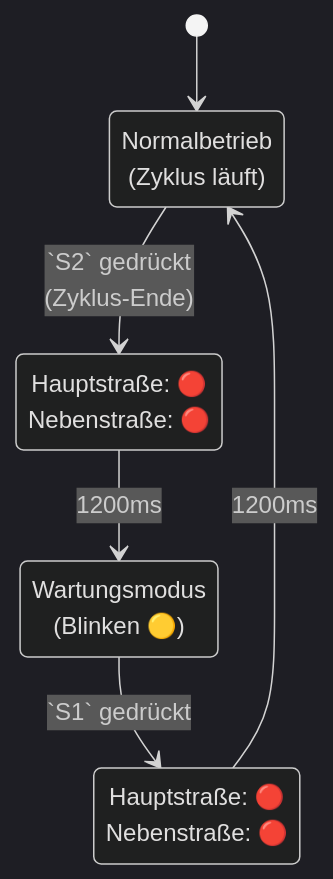
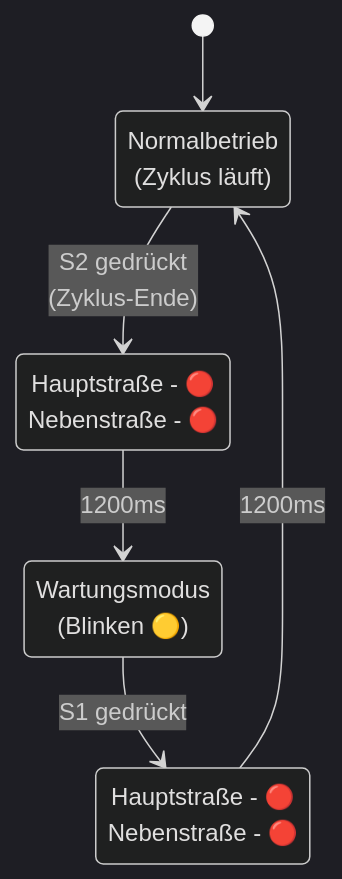
The second of 2 diagrams in src/python/vsc-ext-v0.2/exercise2_maintenance_mode/README.md (wago-enterprise-education/exponat-ampelsteuerung), drawn with Mermaid (dark theme) before and after one commit. The commit also changed other lines of this file and 2 other files, not shown here.

Commit message:
Update README.md to standardize state diagram formatting with hyphens

````diff
--- a/src/python/vsc-ext-v0.2/exercise2_maintenance_mode/README.md
+++ b/src/python/vsc-ext-v0.2/exercise2_maintenance_mode/README.md
@@ -38,15 +38,15 @@
 ```mermaid
 stateDiagram-v2
     [*] --> Normalbetrieb
     
     Normalbetrieb: Normalbetrieb<br/>(Zyklus läuft)
     Wartungsmodus: Wartungsmodus<br/>(Blinken 🟡)
-    AllRed_N2M: Hauptstraße: 🔴<br/>Nebenstraße: 🔴
-    AllRed_M2N: Hauptstraße: 🔴<br/>Nebenstraße: 🔴
+   AllRed_N2M: Hauptstraße - 🔴<br/>Nebenstraße - 🔴
+   AllRed_M2N: Hauptstraße - 🔴<br/>Nebenstraße - 🔴
     
-    Normalbetrieb --> AllRed_N2M: `S2` gedrückt<br/>(Zyklus-Ende)
+   Normalbetrieb --> AllRed_N2M: S2 gedrückt<br/>(Zyklus-Ende)
     AllRed_N2M --> Wartungsmodus: 1200ms
     
-    Wartungsmodus --> AllRed_M2N: `S1` gedrückt
+   Wartungsmodus --> AllRed_M2N: S1 gedrückt
     AllRed_M2N --> Normalbetrieb: 1200ms
 ```
````
